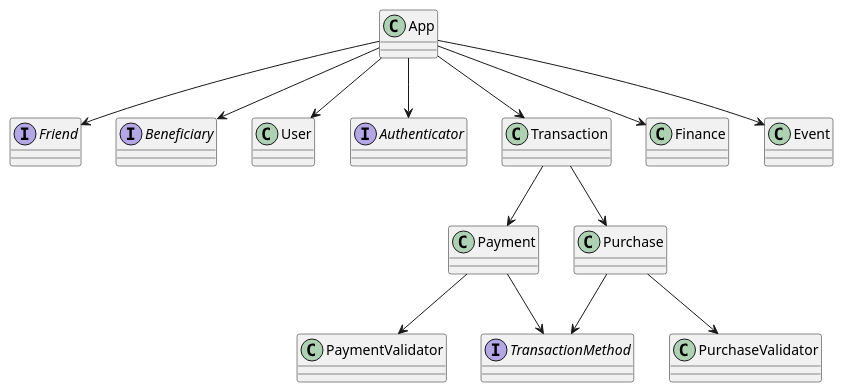
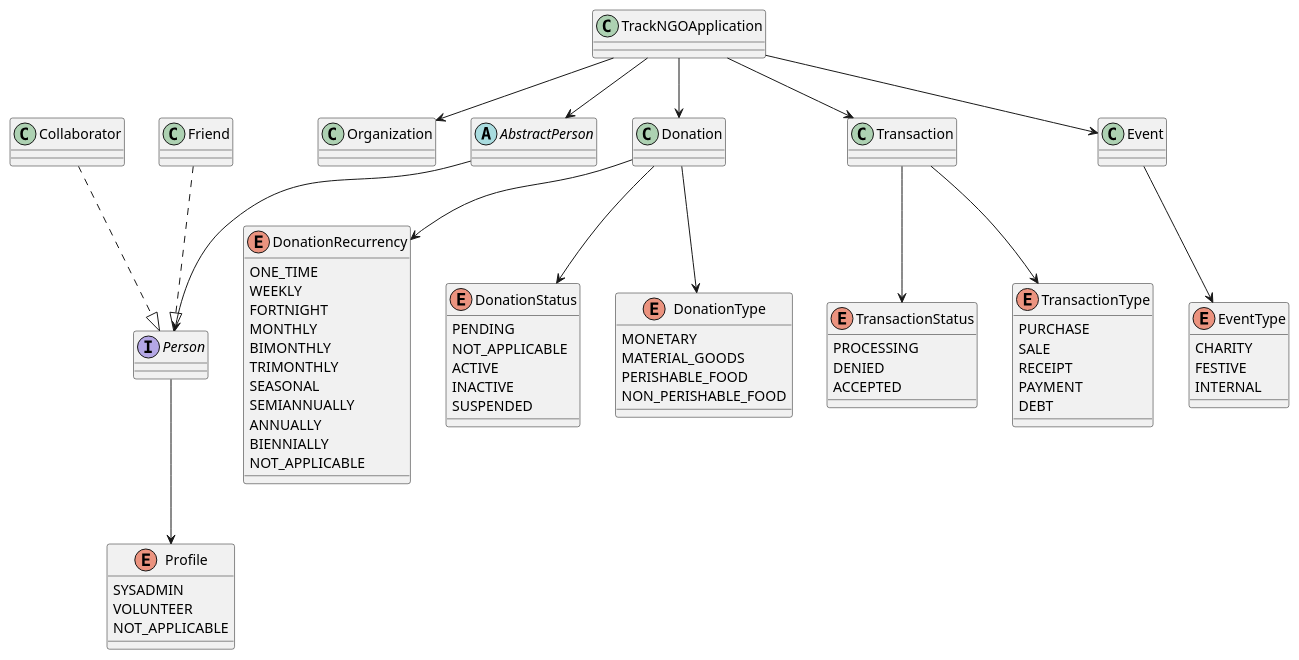
One commit to tomasshiao/75.71-Seminario-Ing-Inf-I changed the diagram in Diagrams/app.puml. Above: the diagram before and after it, drawn with PlantUML. The commit also changed 7 other files, not shown here.

Commit message:
Actualizamos diagramas de clases

```diff
--- a/Diagrams/app.puml
+++ b/Diagrams/app.puml
@@ -1,43 +1,99 @@
 @startuml
-interface Friend{}
-interface Beneficiary{}
-class User{}
+interface Person{}
 
-class App{}
+class Collaborator{}
+Collaborator -.|> Person
+Friend -.|> Person
 
-App --> User
-App --> Beneficiary
-App --> Friend
+class TrackNGOApplication{}
 
-interface Authenticator{}
-App --> Authenticator
+TrackNGOApplication --> Organization
+TrackNGOApplication --> Donation
 
 
 
 class Transaction{}
-App --> Transaction
-Transaction --> Payment
-Transaction --> Purchase
+TrackNGOApplication --> Transaction
 
-interface TransactionMethod{}
 
-class Payment{}
-Payment --> TransactionMethod
-class PaymentValidator{}
-Payment --> PaymentValidator
+enum TransactionStatus{
+PROCESSING
+    DENIED
+    ACCEPTED
+}
 
-class Purchase{}
-class PurchaseValidator{}
-Purchase --> PurchaseValidator
-Purchase --> TransactionMethod
+Transaction --> TransactionStatus
+
+enum TransactionType {
+PURCHASE
+    SALE
+    RECEIPT
+    PAYMENT
+    DEBT
+}
+
+Transaction --> TransactionType
 
 
 
-class Finance{}
-App --> Finance
+
+class Event{}
+TrackNGOApplication --> Event
+
+abstract class AbstractPerson{}
+TrackNGOApplication --> AbstractPerson
+
+AbstractPerson--> Person
 
 
-class Event{}
-App --> Event
+enum DonationRecurrency{
+ONE_TIME
+    WEEKLY
+    FORTNIGHT
+    MONTHLY
+    BIMONTHLY
+    TRIMONTHLY
+    SEASONAL
+    SEMIANNUALLY
+    ANNUALLY
+    BIENNIALLY
+    NOT_APPLICABLE
+}
+enum DonationStatus{
+PENDING
+    NOT_APPLICABLE
+    ACTIVE
+    INACTIVE
+    SUSPENDED
+}
+enum DonationType{
+MONETARY
+    MATERIAL_GOODS
+    PERISHABLE_FOOD
+    NON_PERISHABLE_FOOD
+}
+
+Donation --> DonationRecurrency
+Donation --> DonationStatus
+Donation --> DonationType
+
+
+enum EventType{
+CHARITY
+    FESTIVE
+    INTERNAL
+
+}
+
+Event --> EventType
+
+
+enum Profile{
+SYSADMIN
+    VOLUNTEER
+    NOT_APPLICABLE
+}
+
+Person --> Profile
 
 @enduml
```
